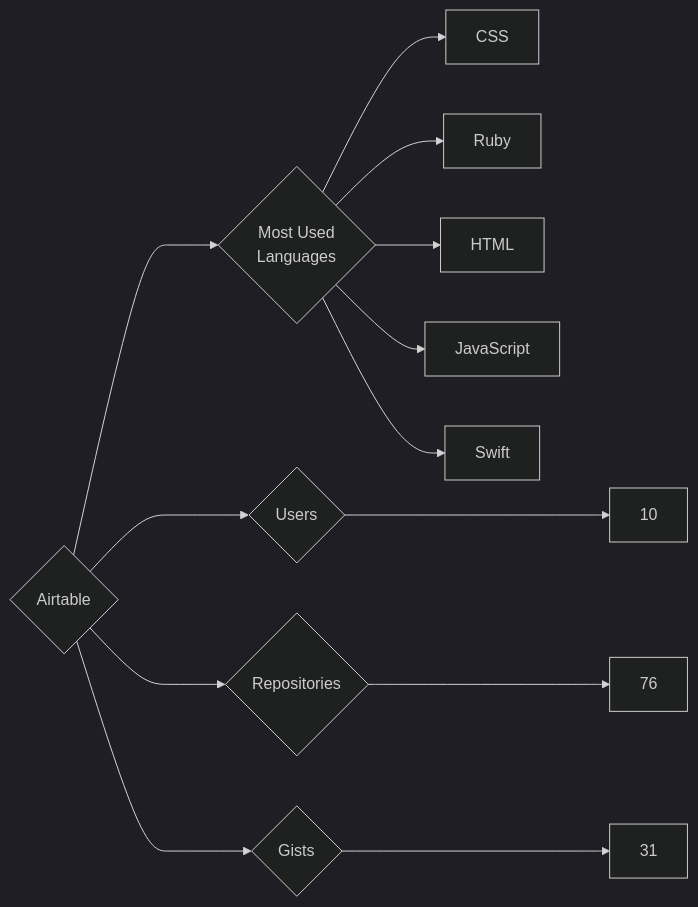
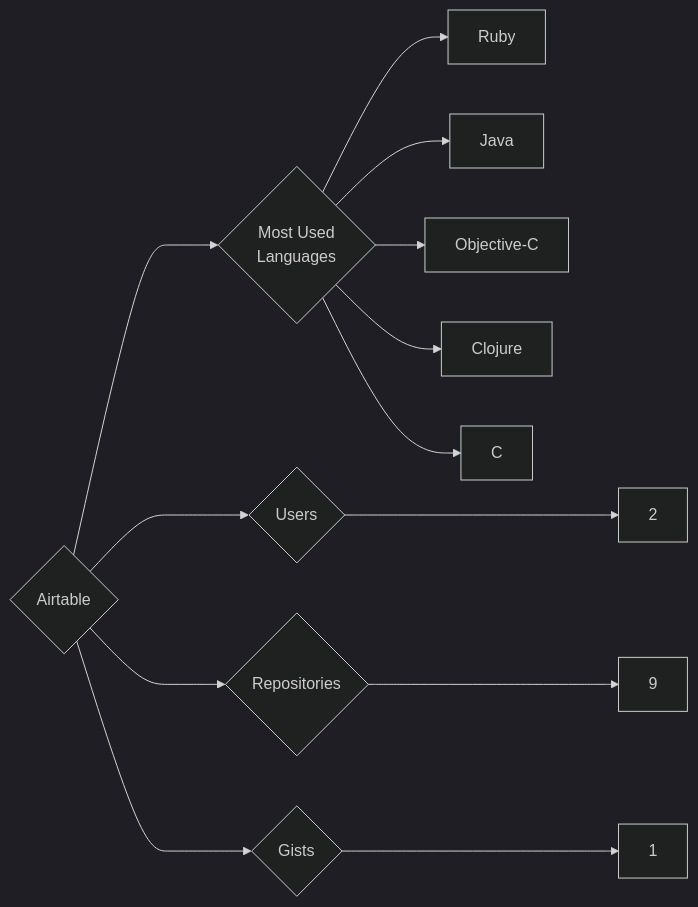
Before and after one commit to trickest/insiders: the diagram in targets/Airtable/README.md, drawn with Mermaid (dark theme). The commit also changed 618 other files, not shown here.

````diff
--- a/targets/Airtable/README.md
+++ b/targets/Airtable/README.md
@@ -3,13 +3,13 @@
 ```mermaid
 graph LR
 COMPANY_NAME{Airtable}
-COMPANY_NAME ---> U{Users} ---> UN[10]
-COMPANY_NAME ---> R{Repositories} ---> RN[76]
-COMPANY_NAME ---> G{Gists} ---> GN[31]
+COMPANY_NAME ---> U{Users} ---> UN[2]
+COMPANY_NAME ---> R{Repositories} ---> RN[9]
+COMPANY_NAME ---> G{Gists} ---> GN[1]
 COMPANY_NAME ---> ML{Most Used<br>Languages}
-ML --> CSS[CSS]
 ML --> Ruby[Ruby]
-ML --> HTML[HTML]
-ML --> JavaScript[JavaScript]
-ML --> Swift[Swift]
+ML --> Java[Java]
+ML --> Objective-C[Objective-C]
+ML --> Clojure[Clojure]
+ML --> C[C]
 ```
````
